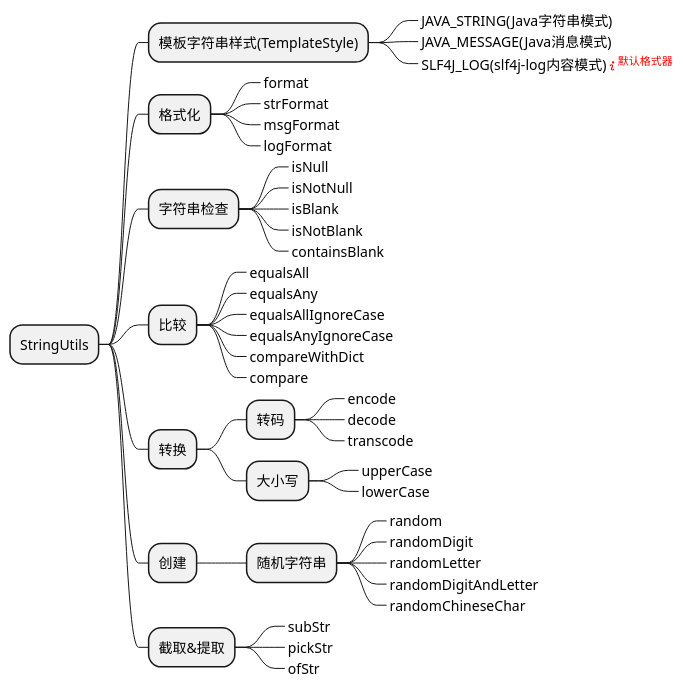
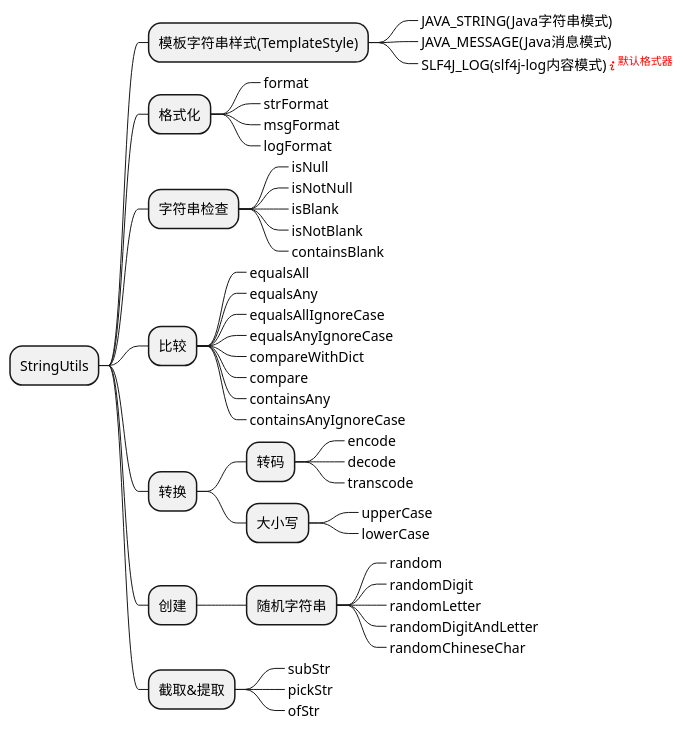
One commit to akudy/beehive-parent changed the diagram in beehive-core/src/main/resources/design-thought/util/StringUtils-function.puml. Above: the diagram before and after it, drawn with PlantUML. The commit also changed 12 other files, not shown here.

```diff
--- a/beehive-core/src/main/resources/design-thought/util/StringUtils-function.puml
+++ b/beehive-core/src/main/resources/design-thought/util/StringUtils-function.puml
@@ -1,52 +1,54 @@
 @startmindmap
 * StringUtils
 
 ** 模板字符串样式(TemplateStyle)
 ***_ JAVA_STRING(Java字符串模式)
 ***_ JAVA_MESSAGE(Java消息模式)
 ***_ SLF4J_LOG(slf4j-log内容模式)<font color=red><&info><sup>默认格式器</sup></font>
 
 ** 格式化
 ***_ format
 ***_ strFormat
 ***_ msgFormat
 ***_ logFormat
 
 ** 字符串检查
 ***_ isNull
 ***_ isNotNull
 ***_ isBlank
 ***_ isNotBlank
 ***_ containsBlank
 
 ** 比较
 ***_ equalsAll
 ***_ equalsAny
 ***_ equalsAllIgnoreCase
 ***_ equalsAnyIgnoreCase
 ***_ compareWithDict
 ***_ compare
+***_ containsAny
+***_ containsAnyIgnoreCase
 
 ** 转换
 *** 转码
 ****_ encode
 ****_ decode
 ****_ transcode
 *** 大小写
 ****_ upperCase
 ****_ lowerCase
 
 ** 创建
 *** 随机字符串
 ****_ random
 ****_ randomDigit
 ****_ randomLetter
 ****_ randomDigitAndLetter
 ****_ randomChineseChar
 
 ** 截取&提取
 ***_ subStr
 ***_ pickStr
 ***_ ofStr
 
 @endmindmap
```
